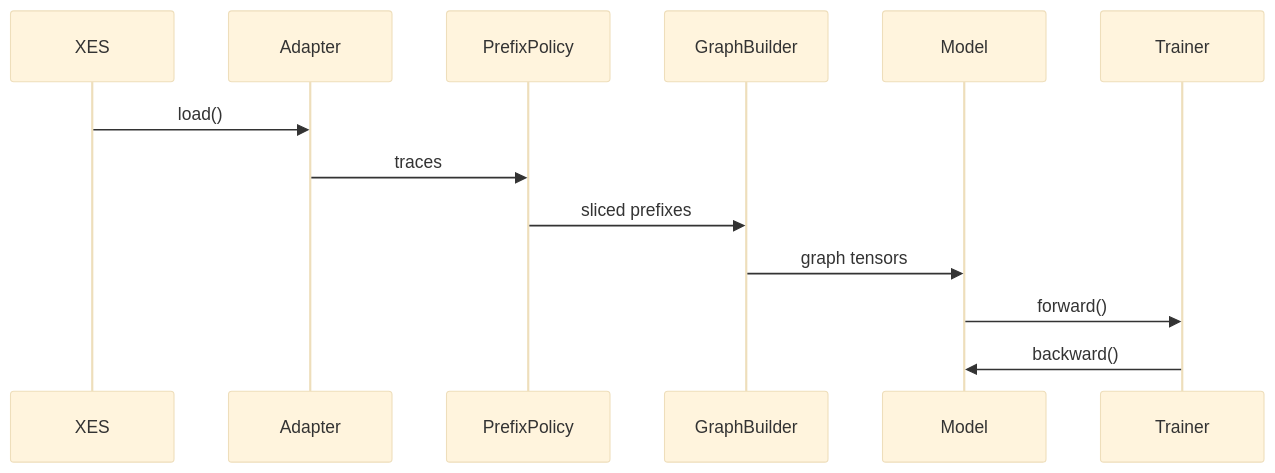
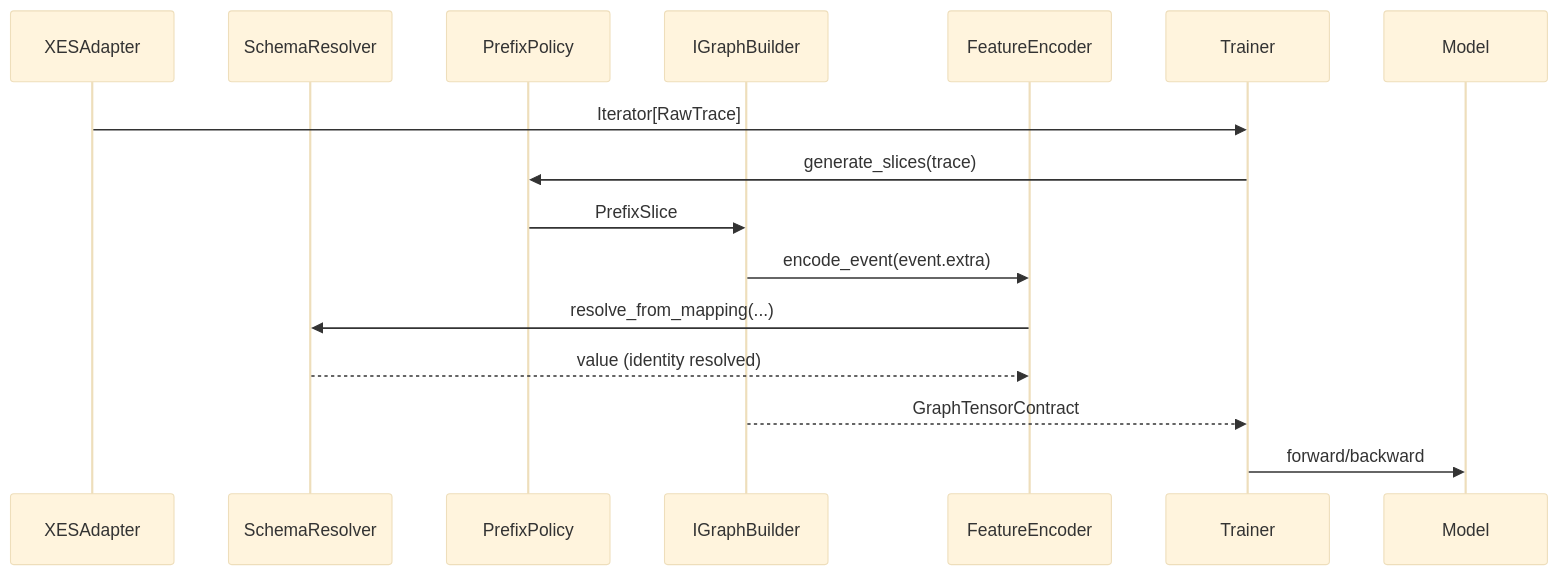
The third of 5 diagrams in ARCHITECTURE_MVP1.MD (ghsrg/bpm_prediction), drawn with Mermaid (base theme) before and after one commit. The commit also changed other lines of this file and 20 other files, not shown here.

Commit message:
docs: restore key mermaid schemas in architecture, flows, and data model

````diff
--- a/ARCHITECTURE_MVP1.MD
+++ b/ARCHITECTURE_MVP1.MD
@@ -157,16 +120,19 @@
 ```mermaid
 sequenceDiagram
-    participant XES
-    participant Adapter
-    participant PrefixPolicy
-    participant GraphBuilder
-    participant Model
-    participant Trainer
+    participant XES as XESAdapter
+    participant SR as SchemaResolver
+    participant PP as PrefixPolicy
+    participant GB as IGraphBuilder
+    participant FE as FeatureEncoder
+    participant TR as Trainer
+    participant M as Model
 
-    XES->>Adapter: load()
-    Adapter->>PrefixPolicy: traces
-    PrefixPolicy->>GraphBuilder: sliced prefixes
-    GraphBuilder->>Model: graph tensors
-    Model->>Trainer: forward()
-    Trainer->>Model: backward()
+    XES->>TR: Iterator[RawTrace]
+    TR->>PP: generate_slices(trace)
+    PP->>GB: PrefixSlice
+    GB->>FE: encode_event(event.extra)
+    FE->>SR: resolve_from_mapping(...)
+    SR-->>FE: value (identity resolved)
+    GB-->>TR: GraphTensorContract
+    TR->>M: forward/backward
 ```
````
